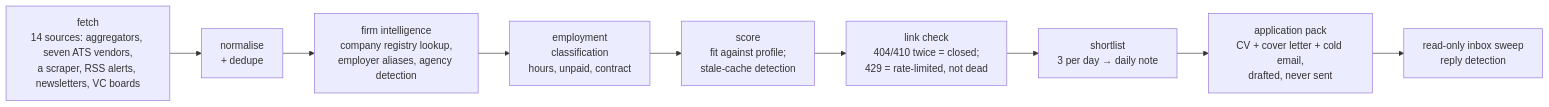
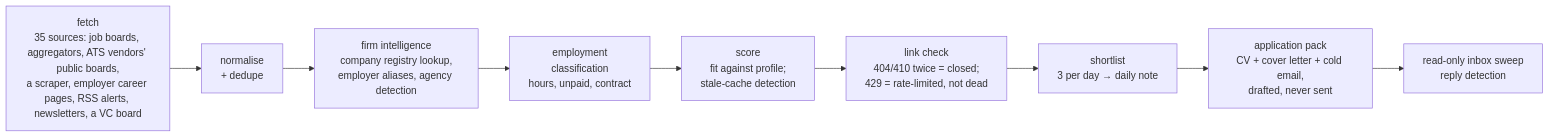
One commit to Joseph-Vincent-SDB/jarvis-os changed the second of 2 diagrams in README.md. Above: the diagram before and after it, drawn with Mermaid. The commit also changed other lines of this file and 1 other file, not shown here.

````diff
--- a/README.md
+++ b/README.md
@@ -208,11 +208,11 @@
 ```mermaid
 flowchart LR
-  F["fetch<br/>14 sources: aggregators, seven ATS vendors,<br/>a scraper, RSS alerts, newsletters, VC boards"] --> N["normalise<br/>+ dedupe"]
+  F["fetch<br/>35 sources: job boards, aggregators, ATS vendors' public boards,<br/>a scraper, employer career pages, RSS alerts, newsletters, a VC board"] --> N["normalise<br/>+ dedupe"]
   N --> FI["firm intelligence<br/>company registry lookup,<br/>employer aliases, agency detection"]
   FI --> EC["employment<br/>classification<br/>hours, unpaid, contract"]
   EC --> S["score<br/>fit against profile;<br/>stale-cache detection"]
   S --> LC["link check<br/>404/410 twice = closed;<br/>429 = rate-limited, not dead"]
   LC --> SL["shortlist<br/>3 per day → daily note"]
   SL --> P["application pack<br/>CV + cover letter + cold email,<br/>drafted, never sent"]
   P --> R["read-only inbox sweep<br/>reply detection"]
 ```
````
